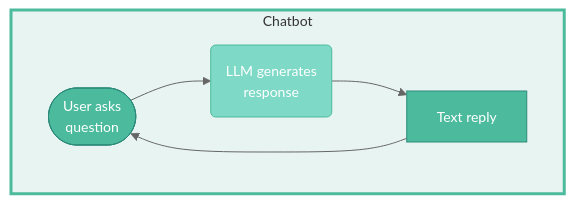
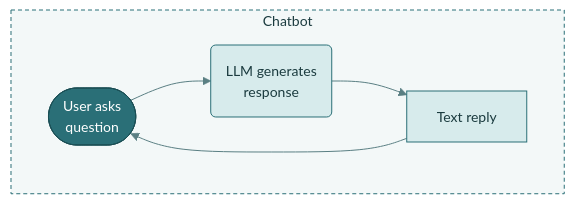
Before and after one commit to mjfrigaard/shiny-app-pkgs: the second of 6 diagrams in tools.qmd, drawn with Mermaid. The commit also changed other lines of this file and 22 other files, not shown here.

First line of the commit message:
Standardize mermaid diagrams on the site teal palette

````diff
--- a/tools.qmd
+++ b/tools.qmd
@@ -266,19 +262,21 @@
 ```{mermaid}
 %%| fig-cap: 'Chatbots'
 %%| fig-align: center
-%%{init: {'theme': 'neutral', 'themeVariables': { 'fontFamily': 'monospace', "fontSize":"14px"}}}%%
+%%{init: {'theme': 'base', 'themeVariables': { 'fontFamily': 'monospace', "fontSize":"14px", "primaryColor":"#D7EBEC", "primaryTextColor":"#1B3B3F", "primaryBorderColor":"#2A6F77", "lineColor":"#5A7F83", "edgeLabelBackground":"#FFFFFF", "clusterBkg":"#F3F8F8", "clusterBorder":"#2A6F77", "darkMode":false}}}%%
 
 flowchart TD
     subgraph Chatbot[" Chatbot"]
         direction LR
         UserCB(["User asks<br>question"]) --> LlmCB("LLM generates<br>response")
         LlmCB --> ReplyCB[Text reply]
         ReplyCB --> UserCB
     end
 
-    style Chatbot fill:#e8f4f1,stroke-width:3px,stroke:#4CBB9D
-    style UserCB fill:#4CBB9D,stroke:#2d8a7a,stroke-width:1px,color:#fff
-    style LlmCB fill:#7fd9c7,stroke:#4CBB9D,stroke-width:1px,color:#fff
-    style ReplyCB fill:#4CBB9D,stroke:#2d8a7a,stroke-width:1px,color:#fff
-
+    classDef term fill:#2A6F77,color:#FFFFFF,stroke:#1B4F55,stroke-width:1px
+    classDef step fill:#D7EBEC,color:#1B3B3F,stroke:#2A6F77,stroke-width:1px
+    classDef decision fill:#F4C26B,color:#3D2A00,stroke:#B7832B,stroke-width:1px
+    classDef io fill:#FFFFFF,color:#1B3B3F,stroke:#2A6F77,stroke-width:1px
+    class UserCB term
+    class LlmCB step
+    style Chatbot fill:#F3F8F8,color:#1B3B3F,stroke:#2A6F77,stroke-width:1px,stroke-dasharray:4 3
 ```
````
